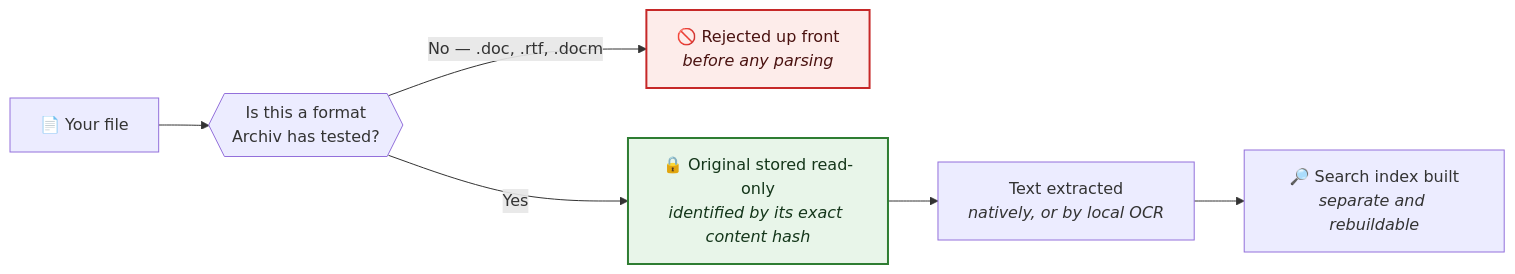
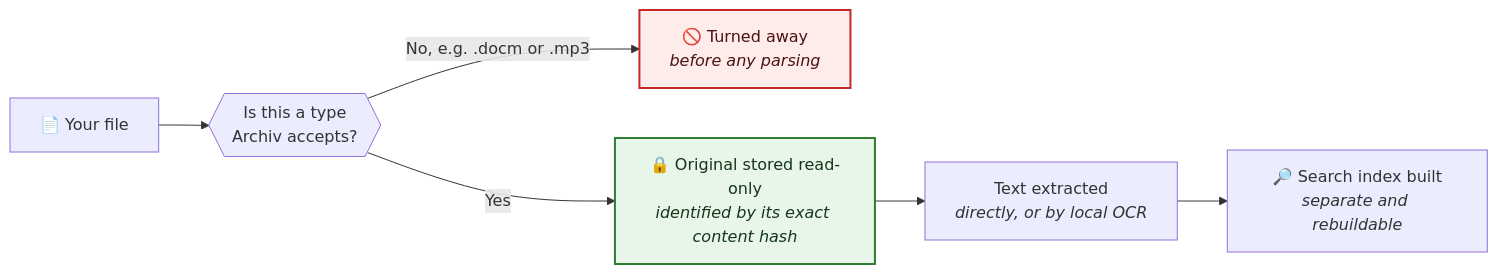
The second of 2 diagrams in README.md (Nan0pk/Archiv), drawn with Mermaid before and after one commit. The commit also changed other lines of this file and 3 other files, not shown here.

````diff
--- a/README.md
+++ b/README.md
@@ -222,13 +201,13 @@
 ```mermaid
 flowchart LR
-    F["📄 Your file"] --> C{{"Is this a format<br/>Archiv has tested?"}}
-    C -->|"No — .doc, .rtf, .docm"| X["🚫 Rejected up front<br/><i>before any parsing</i>"]
+    F["📄 Your file"] --> C{{"Is this a type<br/>Archiv accepts?"}}
+    C -->|"No, e.g. .docm or .mp3"| X["🚫 Turned away<br/><i>before any parsing</i>"]
     C -->|Yes| O["🔒 Original stored read-only<br/><i>identified by its exact content hash</i>"]
-    O --> T["Text extracted<br/><i>natively, or by local OCR</i>"]
+    O --> T["Text extracted<br/><i>directly, or by local OCR</i>"]
     T --> I["🔎 Search index built<br/><i>separate and rebuildable</i>"]
 
     classDef bad fill:#fdecea,stroke:#c62828,stroke-width:2px,color:#4a1210
     classDef keep fill:#e8f5e9,stroke:#2e7d32,stroke-width:2px,color:#14361a
     class X bad
     class O keep
 ```
````
